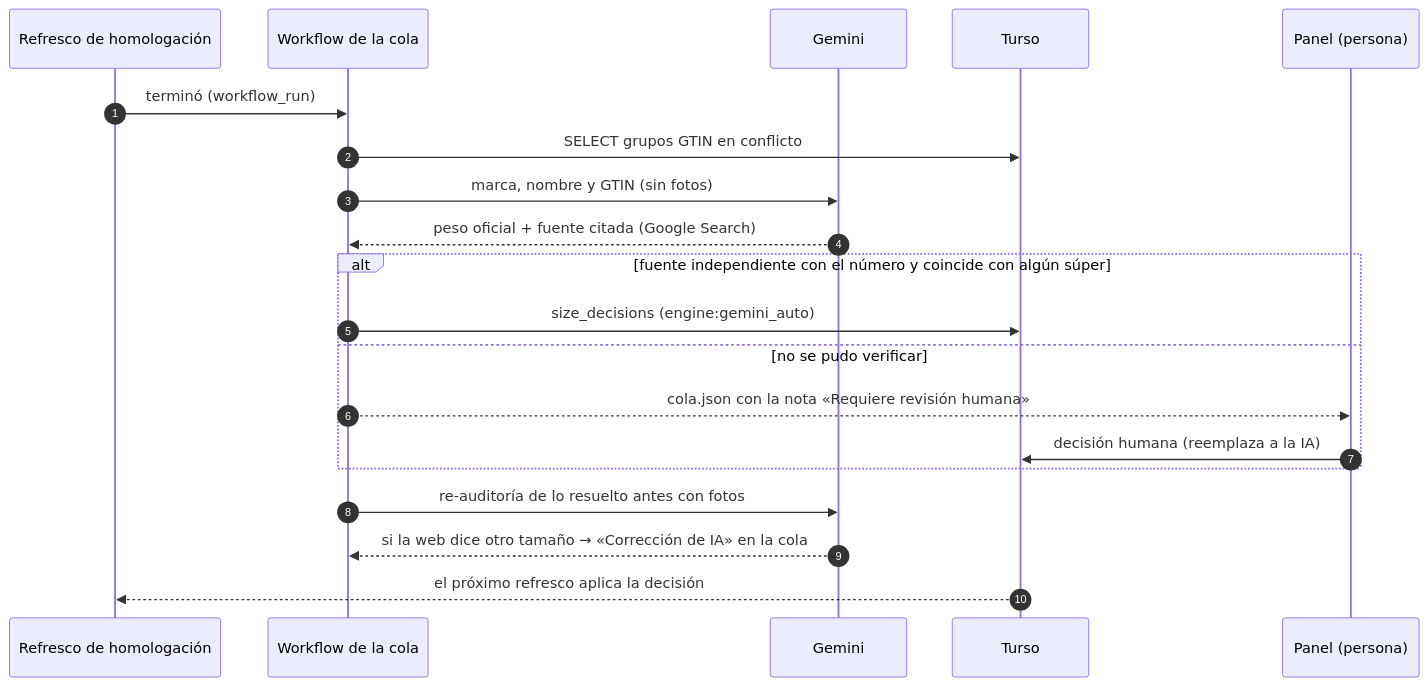
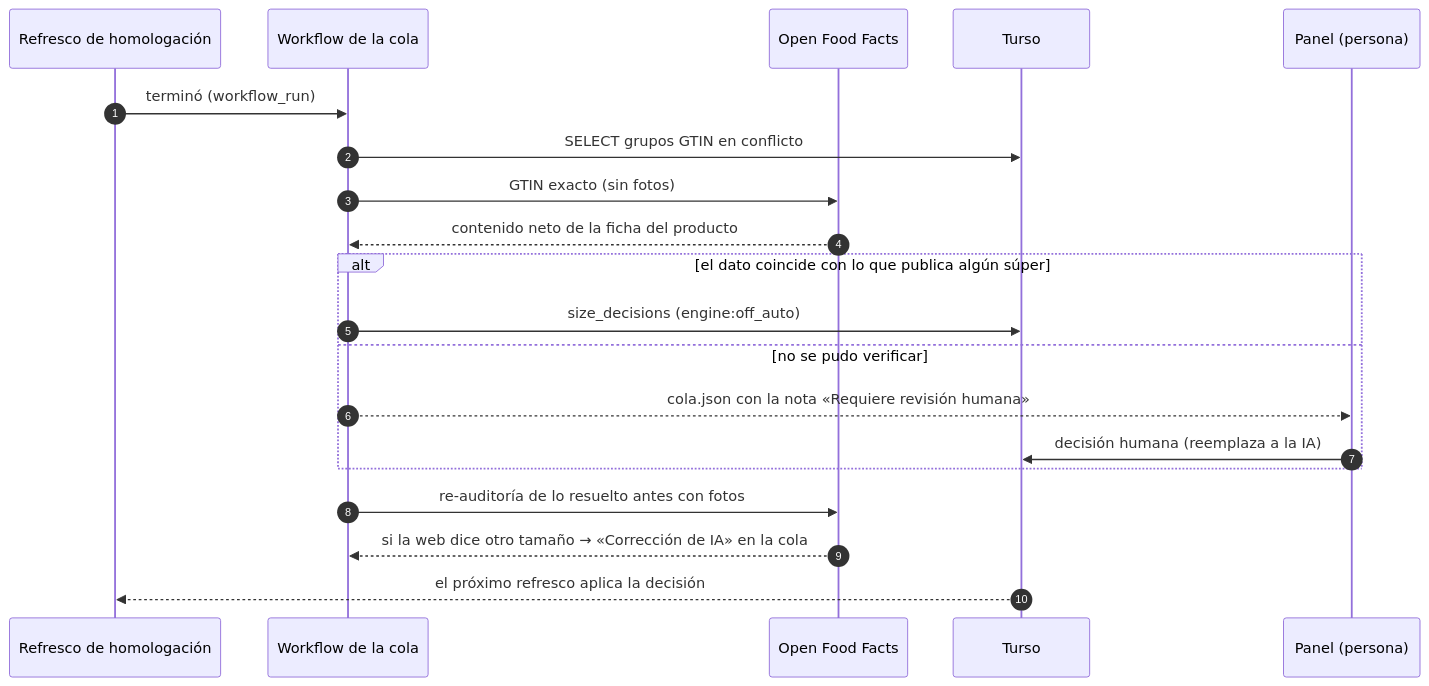
Before and after one commit to jchernandez-portfolio/precios-supermercados-sps: the second of 3 diagrams in README.md, drawn with Mermaid. The commit also changed other lines of this file and 14 other files, not shown here.

First line of the commit message:
[RPI] Búsqueda por GTIN gratis con Open Food Facts (Gemini gratis no trae Google Search)

````diff
--- a/README.md
+++ b/README.md
@@ -57,22 +57,22 @@
 ```mermaid
 sequenceDiagram
     autonumber
     participant R as Refresco de homologación
     participant C as Workflow de la cola
-    participant G as Gemini
+    participant G as Open Food Facts
     participant T as Turso
     participant P as Panel (persona)
     R->>C: terminó (workflow_run)
     C->>T: SELECT grupos GTIN en conflicto
-    C->>G: marca, nombre y GTIN (sin fotos)
-    G-->>C: peso oficial + fuente citada (Google Search)
-    alt fuente independiente con el número y coincide con algún súper
-        C->>T: size_decisions (engine:gemini_auto)
+    C->>G: GTIN exacto (sin fotos)
+    G-->>C: contenido neto de la ficha del producto
+    alt el dato coincide con lo que publica algún súper
+        C->>T: size_decisions (engine:off_auto)
     else no se pudo verificar
         C-->>P: cola.json con la nota «Requiere revisión humana»
         P->>T: decisión humana (reemplaza a la IA)
     end
     C->>G: re-auditoría de lo resuelto antes con fotos
     G-->>C: si la web dice otro tamaño → «Corrección de IA» en la cola
     T-->>R: el próximo refresco aplica la decisión
 ```
````
